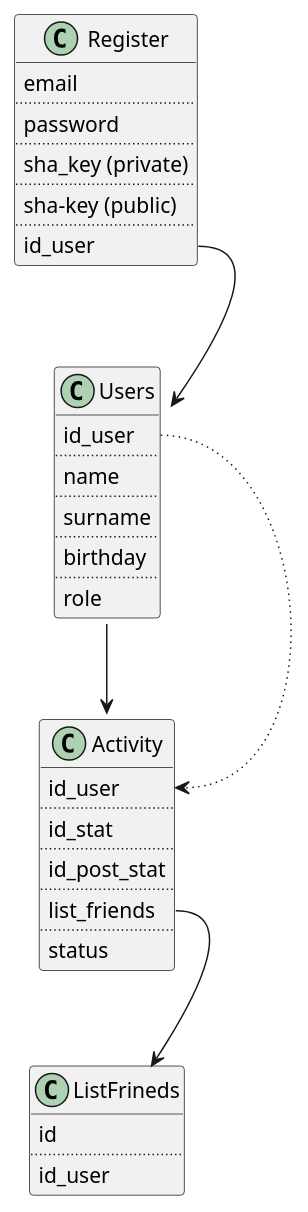
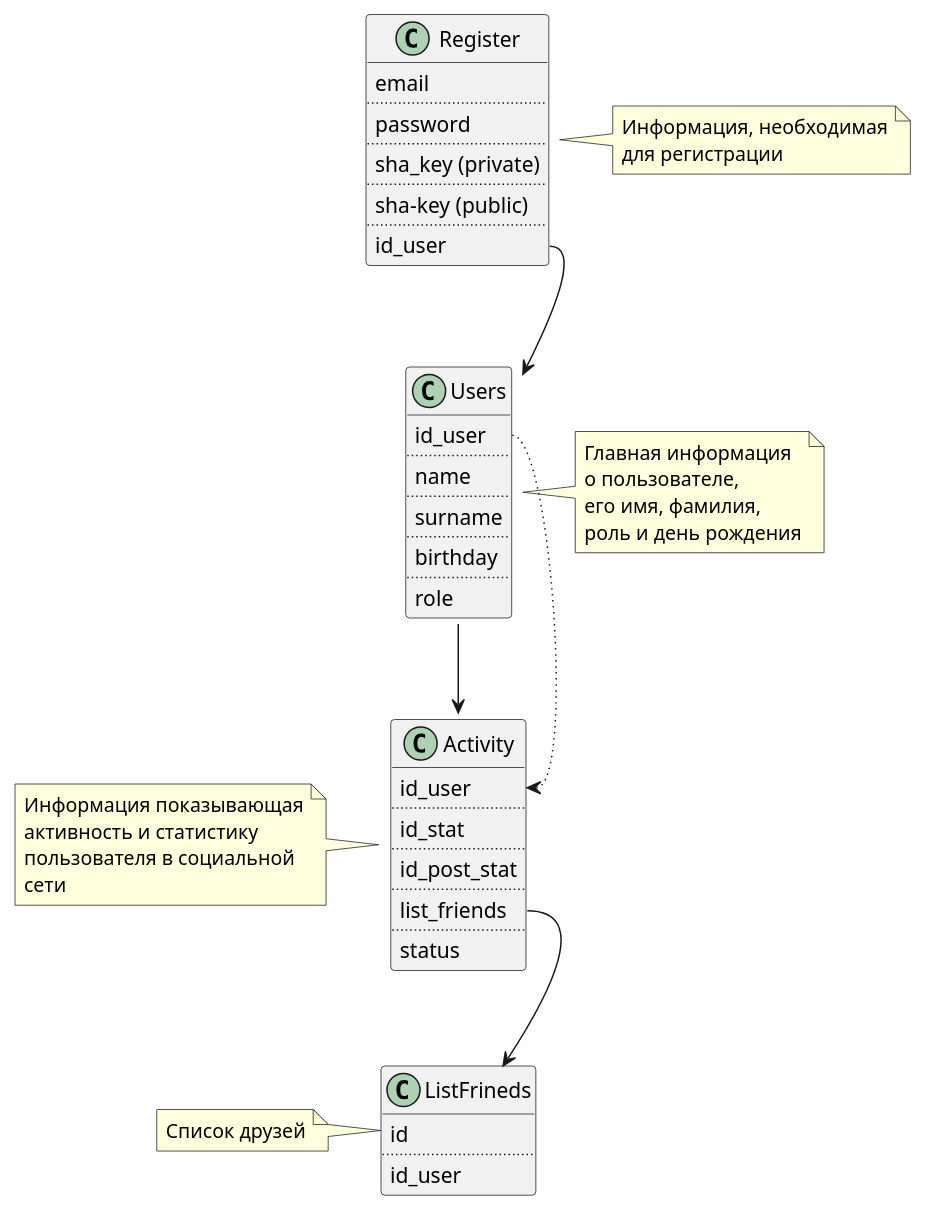
Before and after one commit to KatrinaVl/COA: the diagram in docs/UserService/UserService.puml, drawn with PlantUML. The commit also changed 4 other files, not shown here.

```diff
--- a/docs/UserService/UserService.puml
+++ b/docs/UserService/UserService.puml
@@ -1,52 +1,75 @@
 @startuml
 class Users {
     id_user
     ..
     name
     ..
     surname 
     ..
     birthday
     ..
     role 
 }
+
+note right of Users
+Главная информация 
+о пользователе, 
+его имя, фамилия, 
+роль и день рождения
+end note
 
 
 class Register {
     email
     ..
     password
     ..
     sha_key (private)
     ..
     sha-key (public)
     ..
     id_user
 }
 
+note right of Register
+Информация, необходимая
+для регистрации
+end note
+
 class Activity {
     id_user
     ..
     id_stat 
     ..
     id_post_stat
     ..
     list_friends
     ..
     status
 }
 
+note left of Activity
+Информация показывающая
+активность и статистику
+пользователя в социальной
+сети
+end note
+
 class ListFrineds {
     id
     ..
     id_user
 }
+
+note left of ListFrineds
+Список друзей
+end note
 
 Register::id_user --> Users
 
 Users --> Activity
 Users::id_user --> Activity::id_user  #line.dotted;
 
 Activity::list_friends --> ListFrineds
 
 @enduml
```
